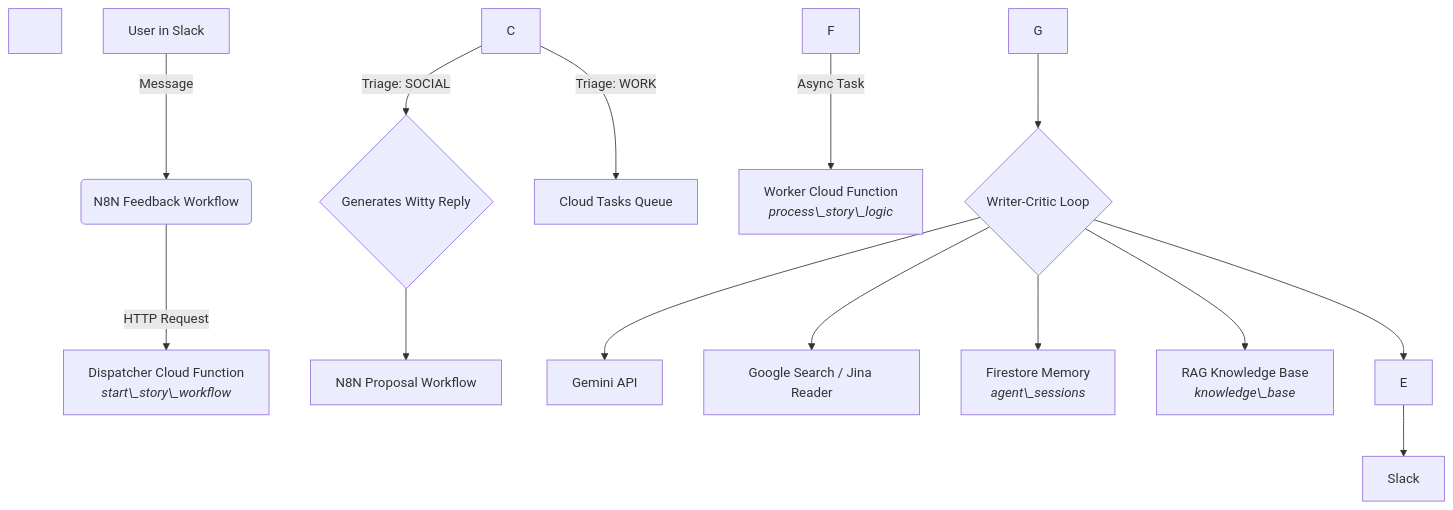
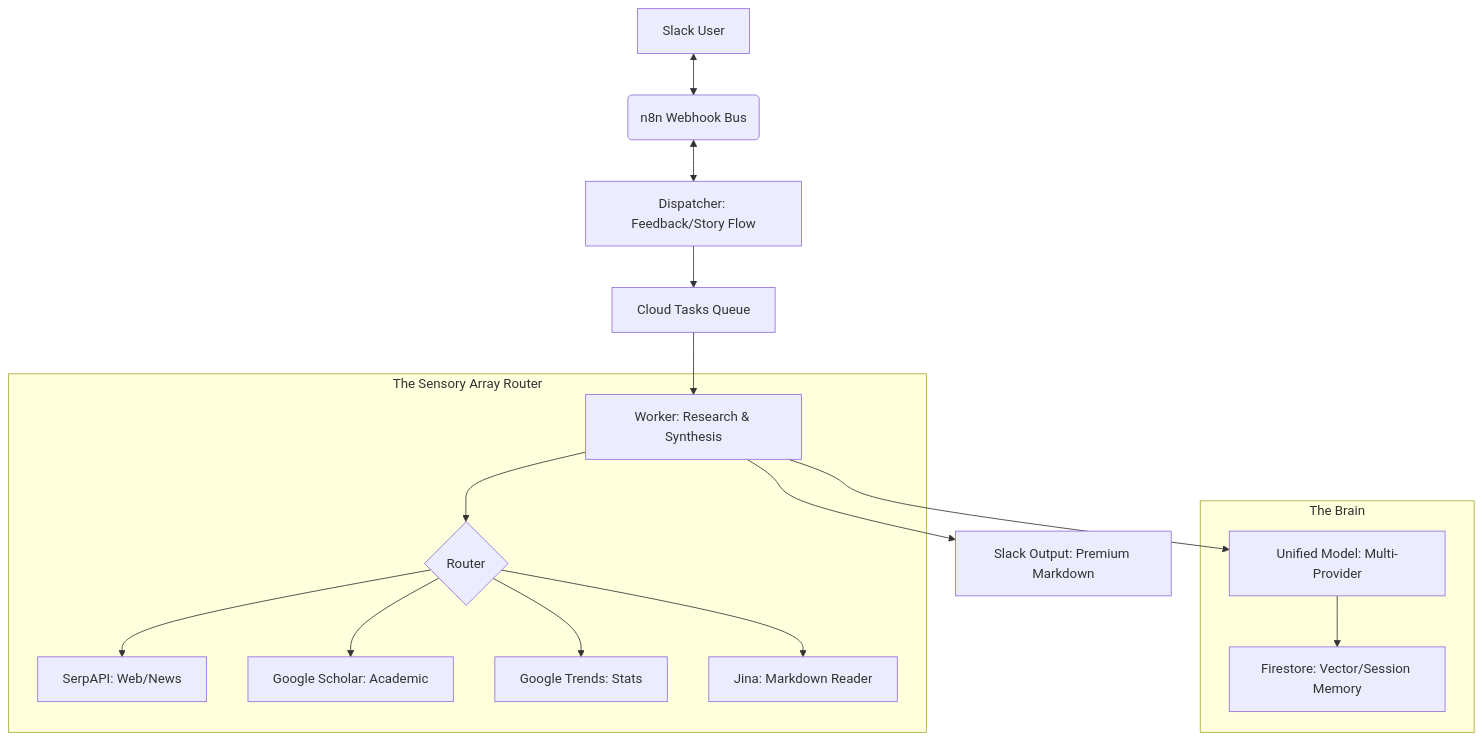
Before and after one commit to cephasoo/google-adk-aeo-v2: the diagram in README.md, drawn with Mermaid. The commit also changed other lines of this file and 2 other files, not shown here.

Commit message:
Refinement: Intent-driven triage, stabilized deep-dive generation, and de-biased research logic.

````diff
--- a/README.md
+++ b/README.md
@@ -32,31 +23,22 @@
 ```mermaid
+graph TD
+    A[Slack User] <--> B(n8n Webhook Bus)
+    B <--> C[Dispatcher: Feedback/Story Flow]
+    C --> D[Cloud Tasks Queue]
+    D --> E[Worker: Research & Synthesis]
+    
+    subgraph "The Sensory Array Router"
+        E --> F{Router}
+        F --> G[SerpAPI: Web/News]
+        F --> H[Google Scholar: Academic]
+        F --> I[Google Trends: Stats]
+        F --> J[Jina: Markdown Reader]
+    end
 
-graph TD
-
-&nbsp;   A\[User in Slack] -->|Message| B(N8N Feedback Workflow);
-
-&nbsp;   B -->|HTTP Request| C\[Dispatcher Cloud Function <br><i>start\_story\_workflow</i>];
-
-&nbsp;   C -->|Triage: SOCIAL| D{Generates Witty Reply};
-
-&nbsp;   D --> E\[N8N Proposal Workflow];
-
-&nbsp;   C -->|Triage: WORK| F\[Cloud Tasks Queue];
-
-&nbsp;   F -->|Async Task| G\[Worker Cloud Function <br><i>process\_story\_logic</i>];
-
-&nbsp;   G --> H{Writer-Critic Loop};
-
-&nbsp;   H --> I\[Gemini API];
-
-&nbsp;   H --> J\[Google Search / Jina Reader];
-
-&nbsp;   H --> K\[Firestore Memory <br><i>agent\_sessions</i>];
-
-&nbsp;   H --> L\[RAG Knowledge Base <br><i>knowledge\_base</i>];
-
-&nbsp;   H --> E;
-
-&nbsp;   E --> M\[Slack];
-
+    subgraph "The Brain"
+        E --> K[Unified Model: Multi-Provider]
+        K --> L[Firestore: Vector/Session Memory]
+    end
+    
+    E --> M[Slack Output: Premium Markdown]
 ```
````
